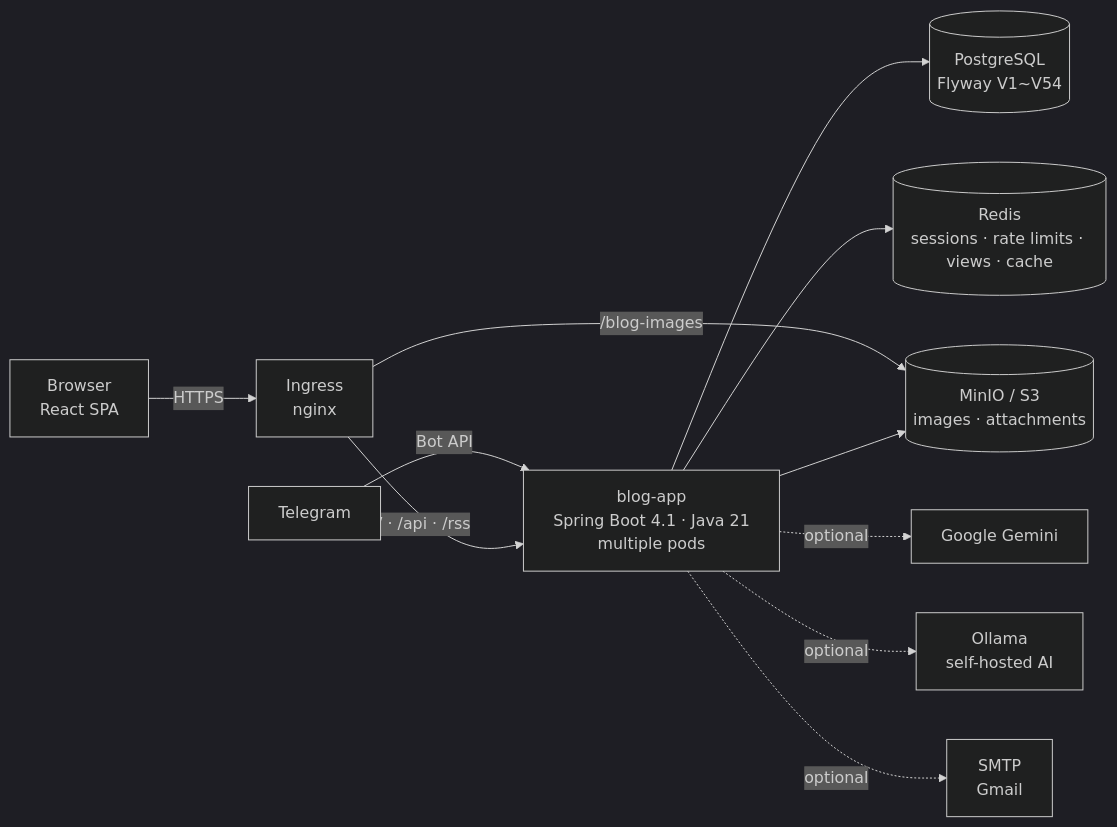
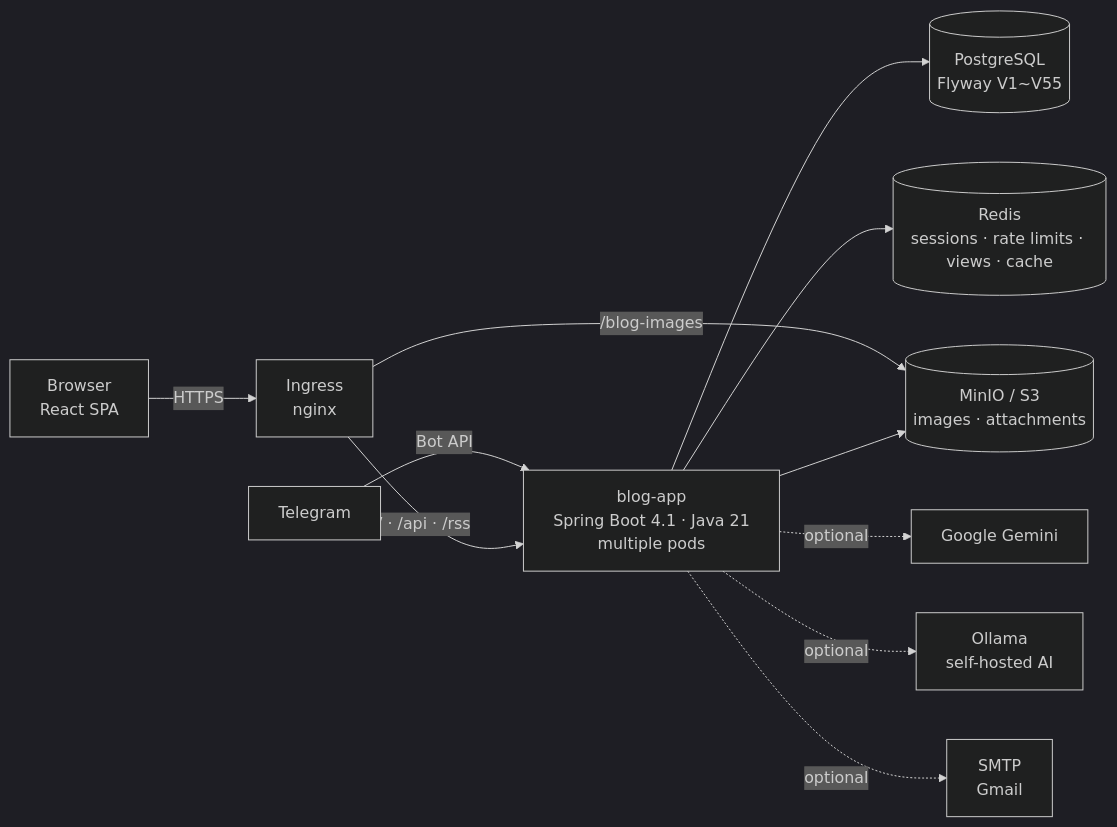
Before and after one commit to AIGJ-01-002-blog/devlog: the first of 3 diagrams in README.en.md, drawn with Mermaid (dark theme). The commit also changed other lines of this file and 3 other files, not shown here.

````diff
--- a/README.en.md
+++ b/README.en.md
@@ -163,13 +163,13 @@
 ```mermaid
 flowchart LR
     B[Browser<br/>React SPA] -->|HTTPS| I[Ingress<br/>nginx]
     T[Telegram] -->|Bot API| A
     I -->|/ · /api · /rss| A[blog-app<br/>Spring Boot 4.1 · Java 21<br/>multiple pods]
     I -->|/blog-images| M[(MinIO / S3<br/>images · attachments)]
-    A --> P[(PostgreSQL<br/>Flyway V1~V54)]
+    A --> P[(PostgreSQL<br/>Flyway V1~V55)]
     A --> R[(Redis<br/>sessions · rate limits · views · cache)]
     A --> M
     A -.optional.-> G[Google Gemini]
     A -.optional.-> O[Ollama<br/>self-hosted AI]
     A -.optional.-> S[SMTP<br/>Gmail]
 ```
````
